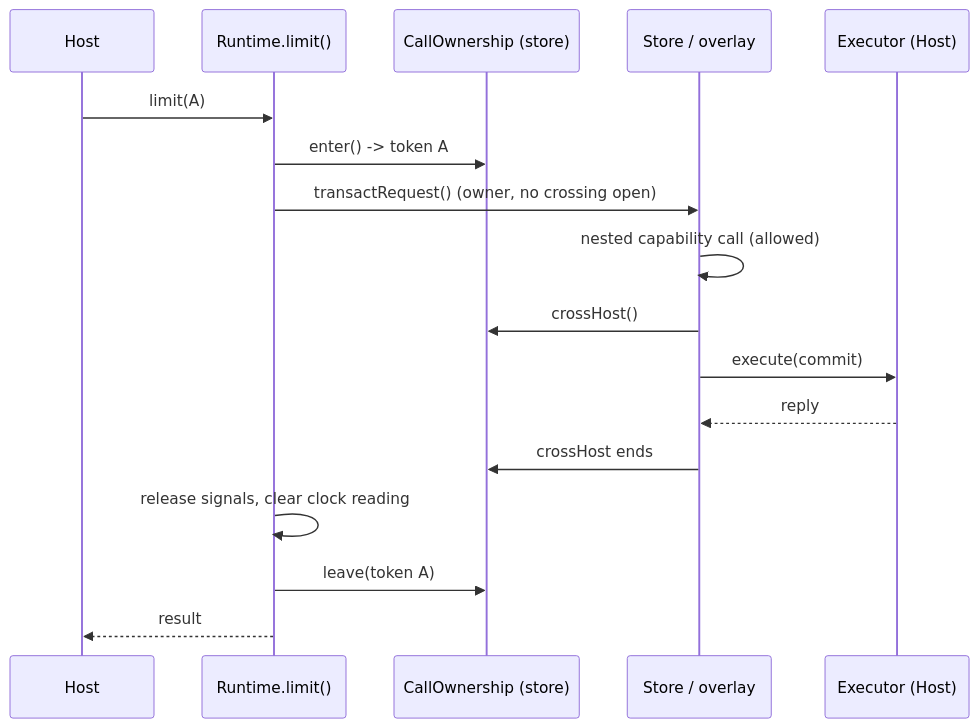
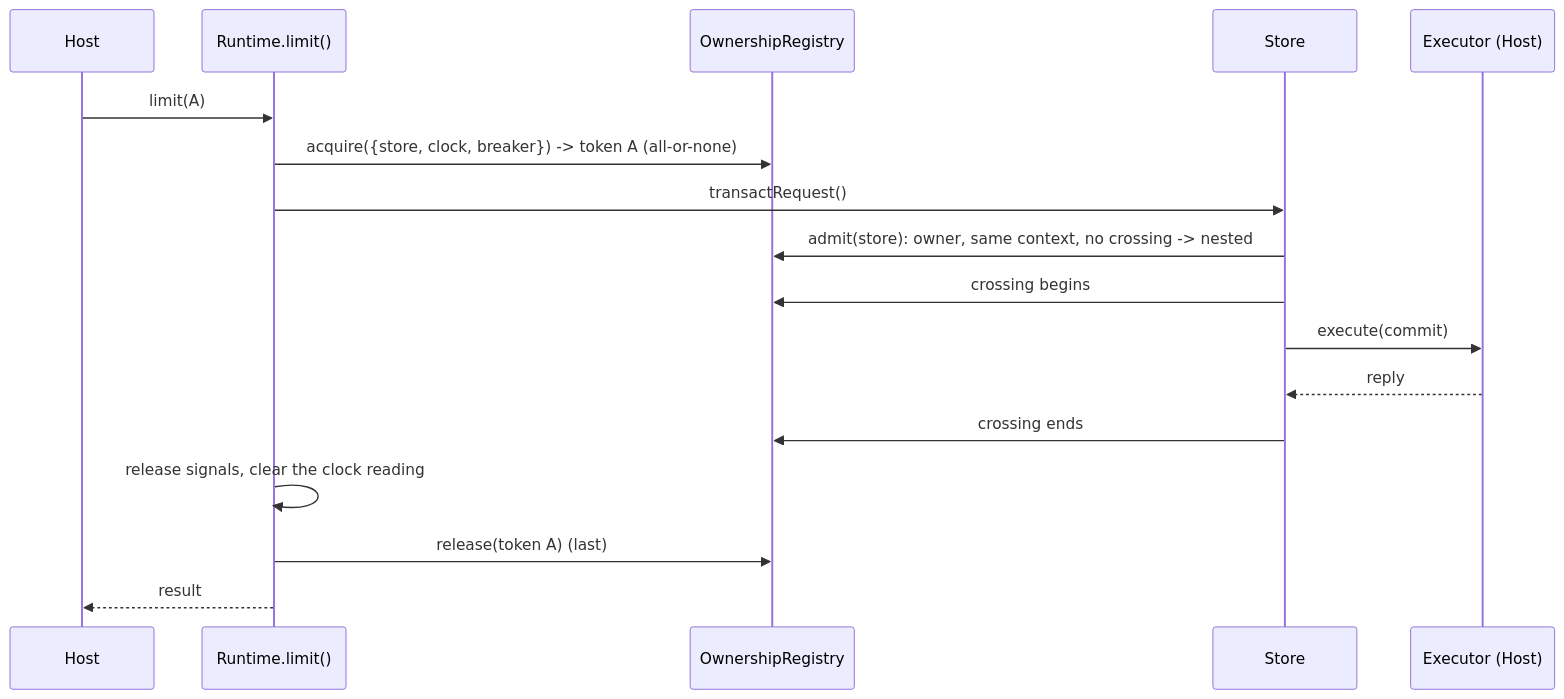
The second of 6 diagrams in investigations/fiber-request-ownership-260/EXCLUSIVITY_DESIGN.md (Maatify/php-rate-limiter), drawn with Mermaid before and after one commit. The commit also changed other lines of this file, not shown here.

Commit message:
docs(investigation): exclusivity design revision 2 - execution-context identity, per-resource ownership, package-owned coordinator (#260, F266-05..08)

````diff
--- a/investigations/fiber-request-ownership-260/EXCLUSIVITY_DESIGN.md
+++ b/investigations/fiber-request-ownership-260/EXCLUSIVITY_DESIGN.md
@@ -177,19 +236,19 @@
 ```mermaid
 sequenceDiagram
     participant H as Host
     participant R as Runtime.limit()
-    participant O as CallOwnership (store)
-    participant S as Store / overlay
+    participant O as OwnershipRegistry
+    participant S as Store
     participant X as Executor (Host)
     H->>R: limit(A)
-    R->>O: enter() -> token A
-    R->>S: transactRequest() (owner, no crossing open)
-    S->>S: nested capability call (allowed)
-    S->>O: crossHost()
+    R->>O: acquire({store, clock, breaker}) -> token A (all-or-none)
+    R->>S: transactRequest()
+    S->>O: admit(store): owner, same context, no crossing -> nested
+    S->>O: crossing begins
     S->>X: execute(commit)
     X-->>S: reply
-    S->>O: crossHost ends
-    R->>R: release signals, clear clock reading
-    R->>O: leave(token A)
+    S->>O: crossing ends
+    R->>R: release signals, clear the clock reading
+    R->>O: release(token A) (last)
     R-->>H: result
 ```
````
